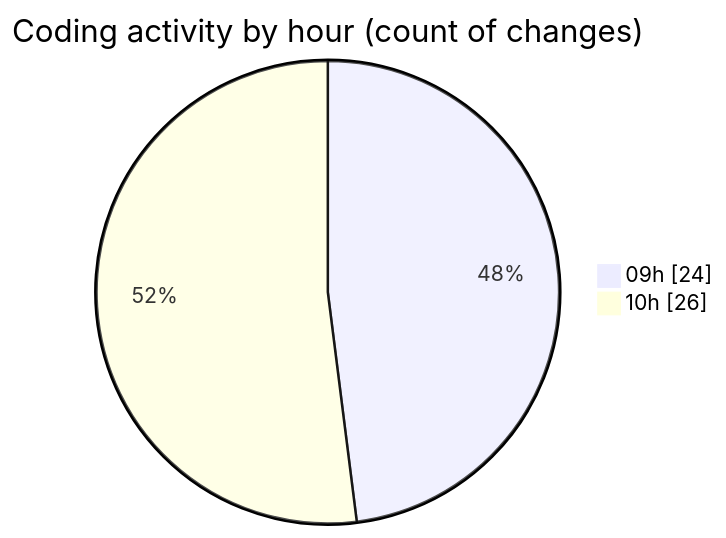
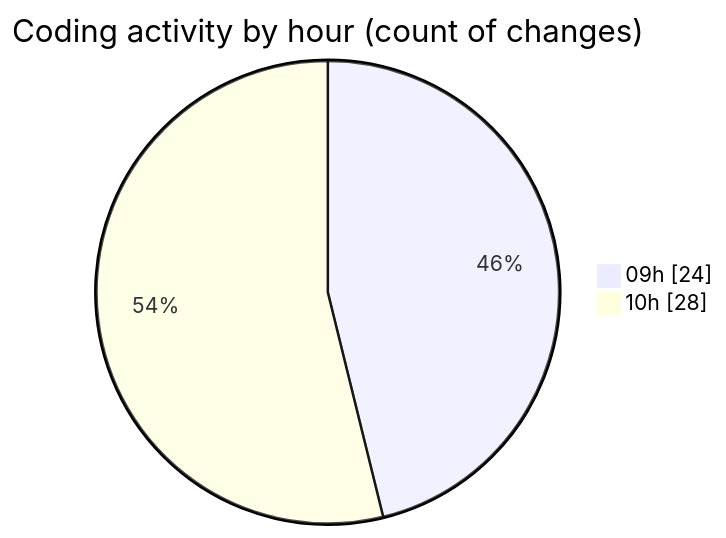
The second of 2 diagrams in 2025-05-08/myws__workspace_/README.md (MatusMokan/code-tracking), drawn with Mermaid before and after one commit. The commit also changed other lines of this file and 1 other file, not shown here.

````diff
--- a/2025-05-08/myws__workspace_/README.md
+++ b/2025-05-08/myws__workspace_/README.md
@@ -30,6 +30,6 @@
 ```mermaid
 pie showData
 title Coding activity by hour (count of changes)
 "09h" : 24
-"10h" : 26
+"10h" : 28
 ```
````
